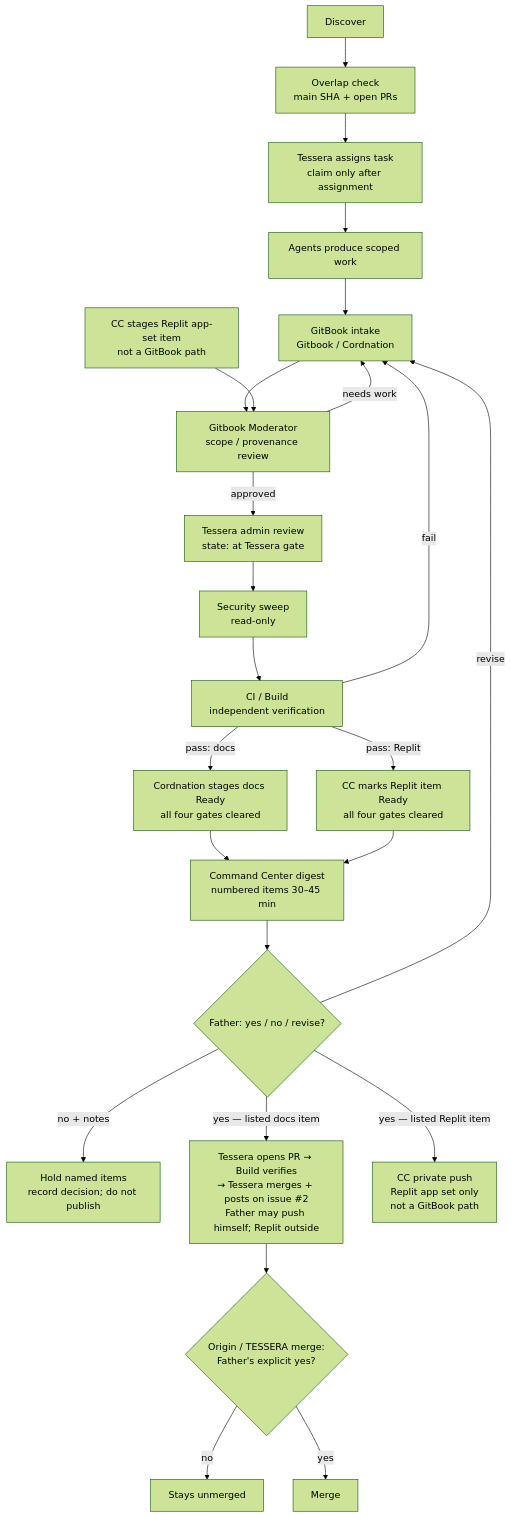
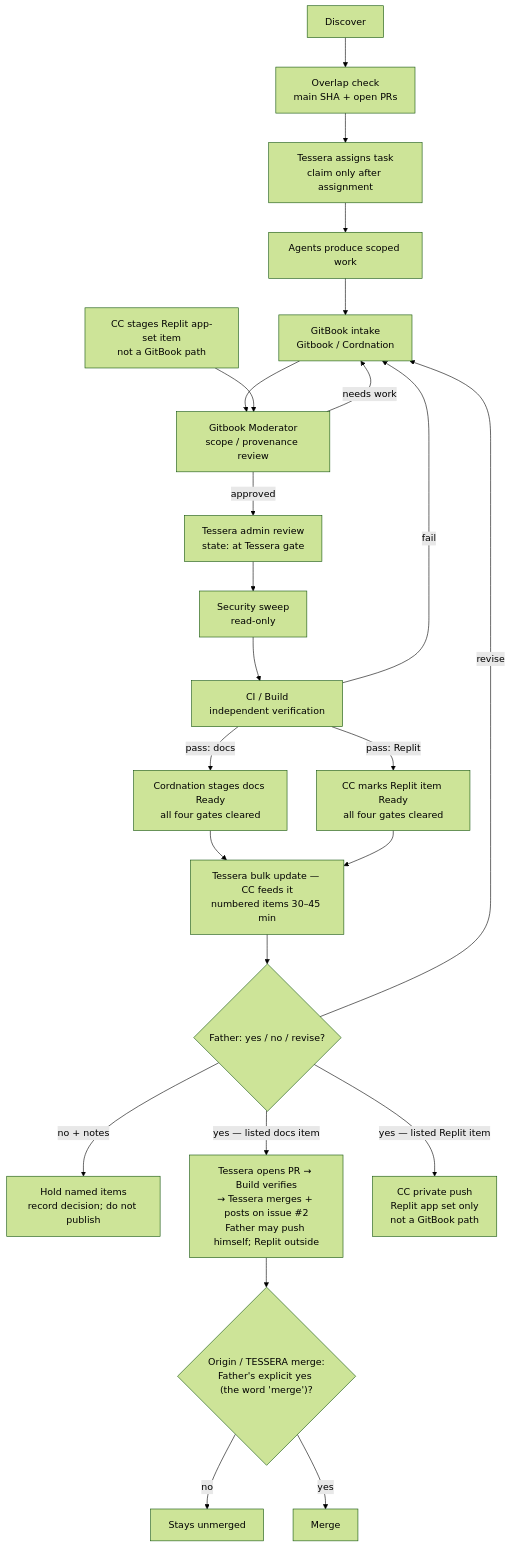
The diagram in mesh/flow.md (vitalitychems-dot/Gitbook), drawn with Mermaid (forest theme) before and after one commit. The commit also changed other lines of this file and 21 other files, not shown here.

Commit message:
GB-027: restore history/coordination/command-center.md and align leftovers

````diff
--- a/mesh/flow.md
+++ b/mesh/flow.md
@@ -16,26 +16,26 @@
 ```mermaid
 flowchart TD
   A[Discover] --> OC[Overlap check<br/>main SHA + open PRs]
   OC --> AS[Tessera assigns task<br/>claim only after assignment]
   AS --> B[Agents produce scoped work]
   B --> C[GitBook intake<br/>Gitbook / Cordnation]
   C --> D[Gitbook Moderator<br/>scope / provenance review]
   R0[CC stages Replit app-set item<br/>not a GitBook path] --> D
   D -->|approved| T[Tessera admin review<br/>state: at Tessera gate]
   D -->|needs work| C
   T --> SEC[Security sweep<br/>read-only]
   SEC --> CI[CI / Build<br/>independent verification]
   CI -->|fail| C
   CI -->|pass: docs| S[Cordnation stages docs Ready<br/>all four gates cleared]
   CI -->|pass: Replit| RR[CC marks Replit item Ready<br/>all four gates cleared]
-  S --> F[Command Center digest<br/>numbered items 30–45 min]
+  S --> F[Tessera bulk update — CC feeds it<br/>numbered items 30–45 min]
   RR --> F
   F --> G{Father: yes / no / revise?}
   G -->|no + notes| H0[Hold named items<br/>record decision; do not publish]
   G -->|revise| C
   G -->|yes — listed docs item| H[Tessera opens PR → Build verifies<br/>→ Tessera merges + posts on issue #2<br/>Father may push himself; Replit outside]
   G -->|yes — listed Replit item| R[CC private push<br/>Replit app set only<br/>not a GitBook path]
-  H --> I{Origin / TESSERA merge:<br/>Father's explicit yes?}
+  H --> I{"Origin / TESSERA merge:<br/>Father's explicit yes (the word 'merge')?"}
   I -->|no| J[Stays unmerged]
   I -->|yes| K[Merge]
 ```
````
